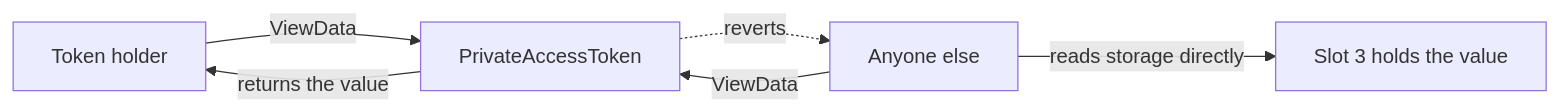
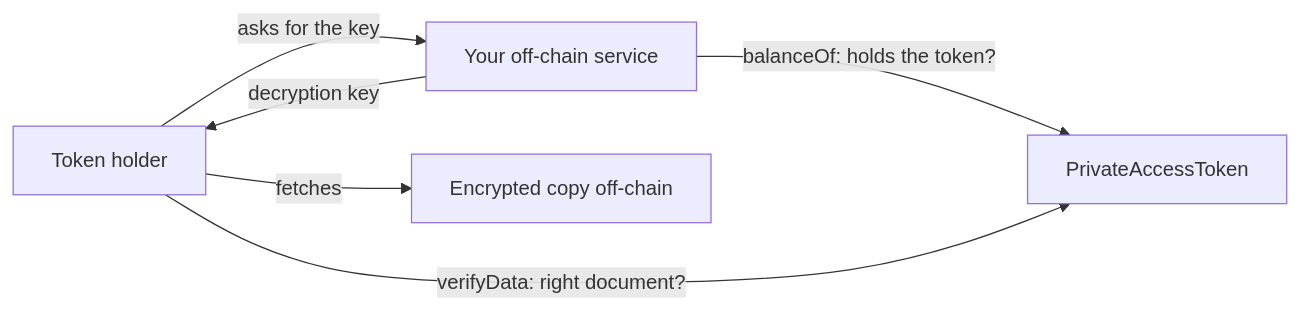
One commit to CoinClubQuincy/PrivateAccessToken changed the diagram in README.md. Above: the diagram before and after it, drawn with Mermaid. The commit also changed other lines of this file and 6 other files, not shown here.

First line of the commit message:
Store a hash and an encrypted link instead of the data

````diff
--- a/README.md
+++ b/README.md
@@ -21,8 +21,8 @@
 ```mermaid
 flowchart LR
-    H[Token holder] -->|ViewData| C[PrivateAccessToken]
-    C -->|returns the value| H
-    O[Anyone else] -->|ViewData| C
-    C -.->|reverts| O
-    O -->|reads storage directly| S[Slot 3 holds the value]
+    H[Token holder] -->|asks for the key| S[Your off-chain service]
+    S -->|balanceOf: holds the token?| C[PrivateAccessToken]
+    S -->|decryption key| H
+    H -->|fetches| E[Encrypted copy off-chain]
+    H -->|verifyData: right document?| C
 ```
````
